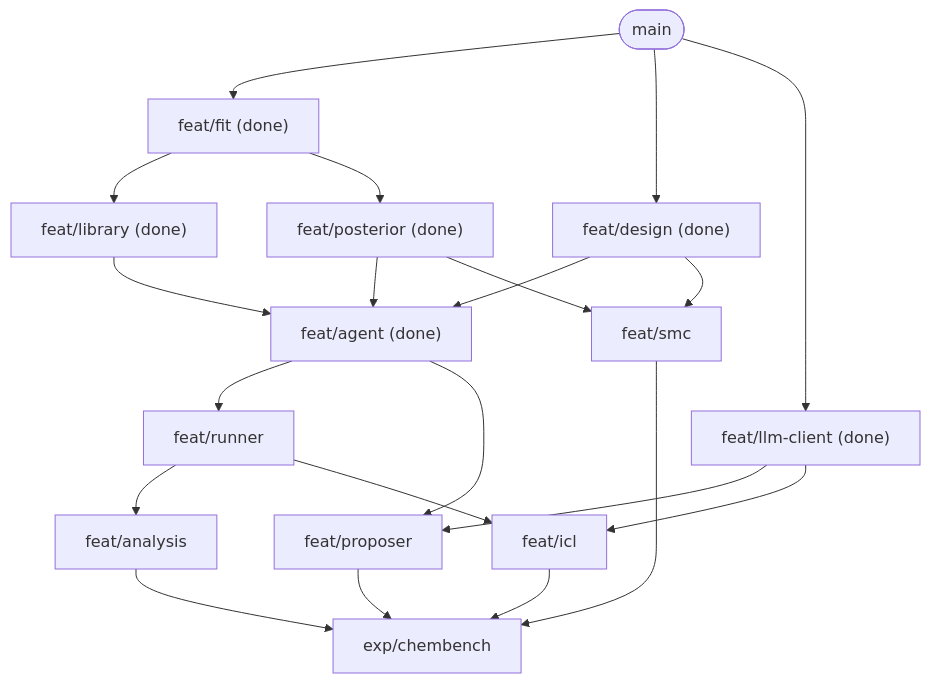
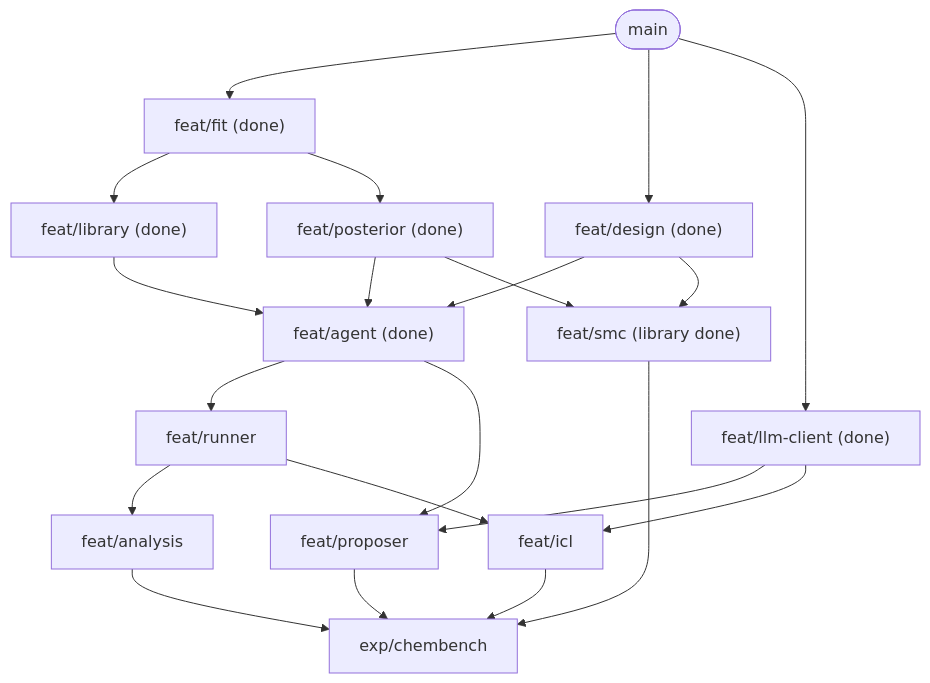
One commit to yuta0no/mda-impl changed the second of 2 diagrams in docs/blueprint.md. Above: the diagram before and after it, drawn with Mermaid. The commit also changed other lines of this file and 1 other file, not shown here.

````diff
--- a/docs/blueprint.md
+++ b/docs/blueprint.md
@@ -78,23 +79,23 @@
 ```mermaid
 flowchart TD
     main(["main"]) --> fit["feat/fit (done)"]
     fit --> library["feat/library (done)"]
     fit --> posterior["feat/posterior (done)"]
     main --> design["feat/design (done)"]
     main --> llmc["feat/llm-client (done)"]
     library --> agent["feat/agent (done)"]
     posterior --> agent
     design --> agent
     agent --> runner["feat/runner"]
     agent --> proposer["feat/proposer"]
     llmc --> proposer
     runner --> analysis["feat/analysis"]
     runner --> icl["feat/icl"]
     llmc --> icl
-    posterior --> smc["feat/smc"]
+    posterior --> smc["feat/smc (library done)"]
     design --> smc
     proposer --> exp["exp/chembench"]
     analysis --> exp
     icl --> exp
     smc --> exp
 ```
````
